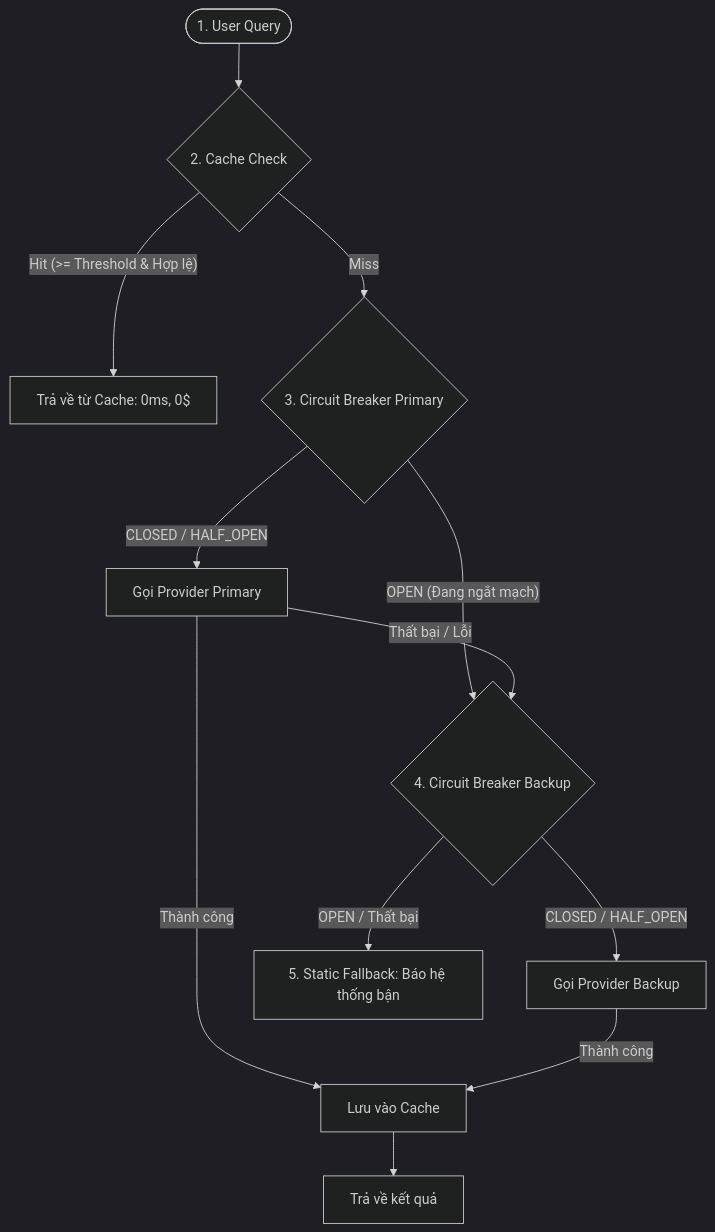
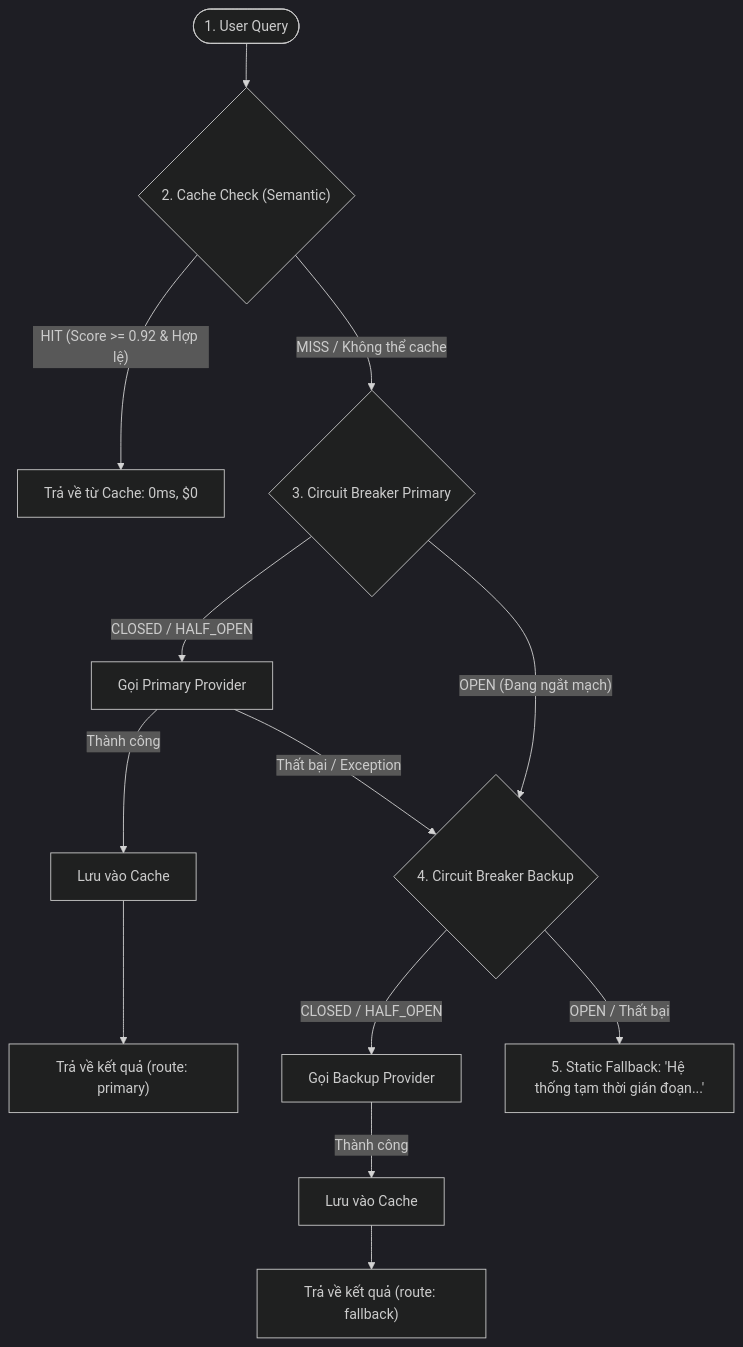
One commit to Dung092005/K3-Day25-2A202601707-NguyenTienDung changed the first of 4 diagrams in KNOWLEDGE.md. Above: the diagram before and after it, drawn with Mermaid (dark theme). The commit also changed other lines of this file, not shown here.

````diff
--- a/KNOWLEDGE.md
+++ b/KNOWLEDGE.md
@@ -13,17 +20,22 @@
 ```mermaid
 flowchart TD
-    User([1. User Query]) --> CacheCheck{2. Cache Check}
-    CacheCheck -- Hit (>= Threshold & Hợp lệ) --> ReturnCache[Trả về từ Cache: 0ms, 0$]
+    User(["1. User Query"]) --> CacheCheck{"2. Cache Check (Semantic)"}
     
-    CacheCheck -- Miss --> CBPrimary{3. Circuit Breaker Primary}
-    CBPrimary -- OPEN (Đang ngắt mạch) --> CBBackup
-    CBPrimary -- CLOSED / HALF_OPEN --> CallPrimary[Gọi Provider Primary]
+    %% Nhánh 1: Cache Hit
+    CacheCheck -- "HIT (Score >= 0.92 & Hợp lệ)" --> ReturnCache["Trả về từ Cache: 0ms, $0"]
     
-    CallPrimary -- Thành công --> SaveCache[Lưu vào Cache] --> ReturnResponse[Trả về kết quả]
-    CallPrimary -- Thất bại / Lỗi --> CBBackup{4. Circuit Breaker Backup}
+    %% Nhánh 2: Gọi Primary Provider
+    CacheCheck -- "MISS / Không thể cache" --> CBPrimary{"3. Circuit Breaker Primary"}
+    CBPrimary -- "OPEN (Đang ngắt mạch)" --> CBBackup
+    CBPrimary -- "CLOSED / HALF_OPEN" --> CallPrimary["Gọi Primary Provider"]
     
-    CBBackup -- CLOSED / HALF_OPEN --> CallBackup[Gọi Provider Backup]
-    CallBackup -- Thành công --> SaveCache
+    CallPrimary -- "Thành công" --> SaveCache1["Lưu vào Cache"] --> ReturnPrimary["Trả về kết quả (route: primary)"]
+    CallPrimary -- "Thất bại / Exception" --> CBBackup{"4. Circuit Breaker Backup"}
     
-    CBBackup -- OPEN / Thất bại --> StaticFallback[5. Static Fallback: Báo hệ thống bận]
+    %% Nhánh 3: Fallback sang Backup Provider
+    CBBackup -- "CLOSED / HALF_OPEN" --> CallBackup["Gọi Backup Provider"]
+    CallBackup -- "Thành công" --> SaveCache2["Lưu vào Cache"] --> ReturnBackup["Trả về kết quả (route: fallback)"]
+    
+    %% Nhánh 4: Static Fallback
+    CBBackup -- "OPEN / Thất bại" --> StaticFallback["5. Static Fallback: 'Hệ thống tạm thời gián đoạn...'"]
 ```
````
